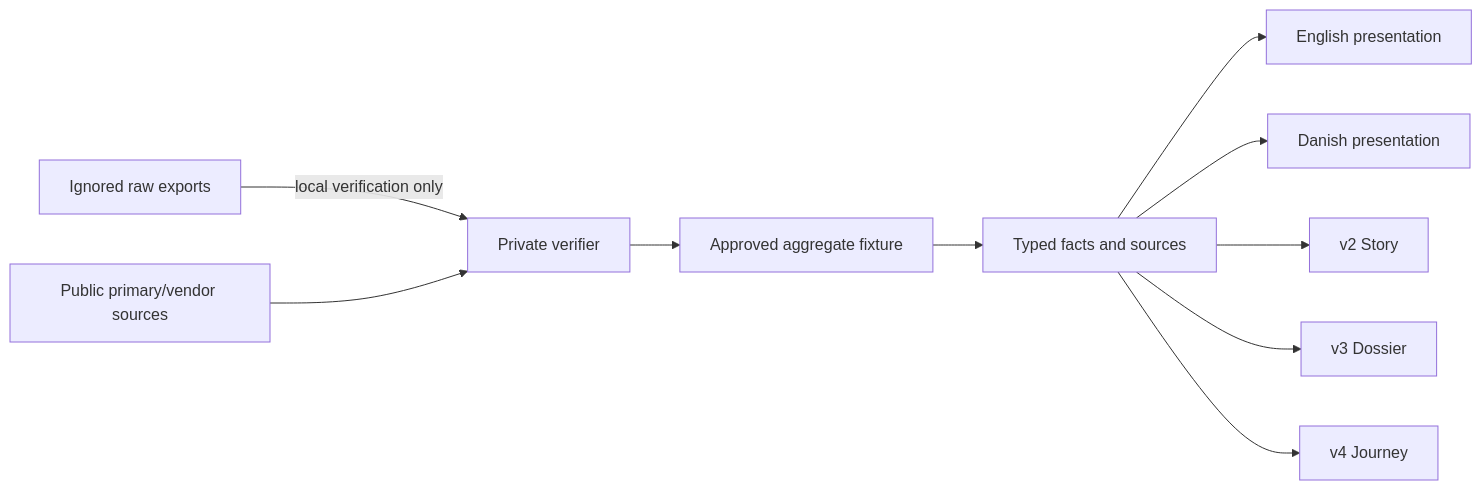
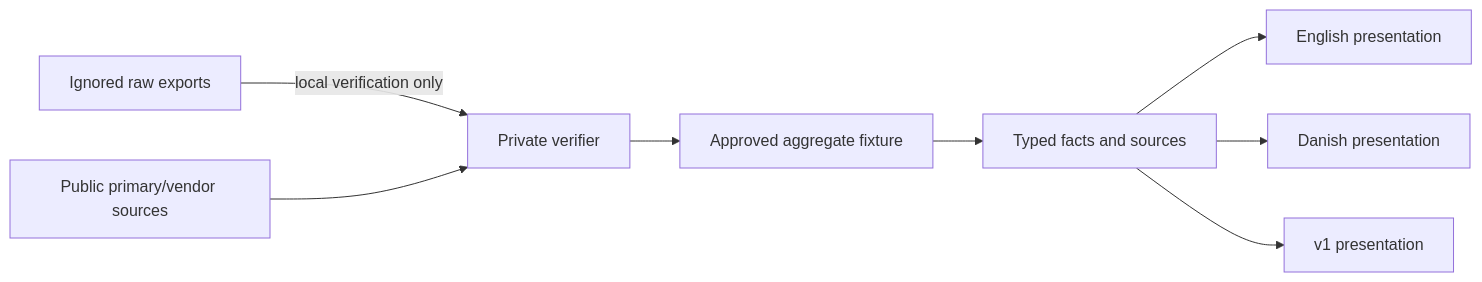
The diagram in wiki/concepts/evidence-and-privacy-boundary.md (simonellefsen/mydnastory), drawn with Mermaid before and after one commit. The commit also changed other lines of this file and 51 other files, not shown here.

````diff
--- a/wiki/concepts/evidence-and-privacy-boundary.md
+++ b/wiki/concepts/evidence-and-privacy-boundary.md
@@ -19,12 +21,10 @@
 ```mermaid
 flowchart LR
   R["Ignored raw exports"] -->|"local verification only"| V["Private verifier"]
   P["Public primary/vendor sources"] --> V
   V --> A["Approved aggregate fixture"]
   A --> F["Typed facts and sources"]
   F --> EN["English presentation"]
   F --> DA["Danish presentation"]
-  F --> V2["v2 Story"]
-  F --> V3["v3 Dossier"]
-  F --> V4["v4 Journey"]
+  F --> V1["v1 presentation"]
 ```
````
